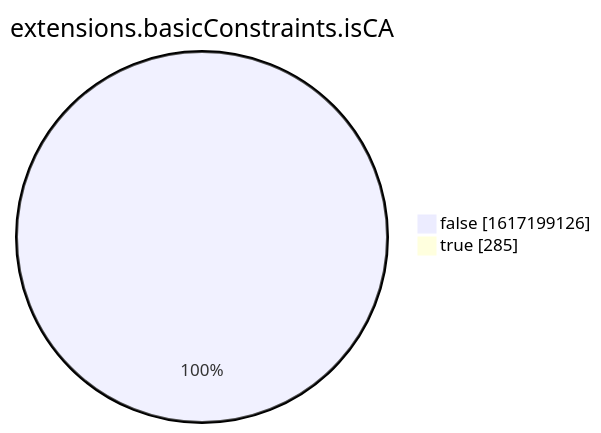
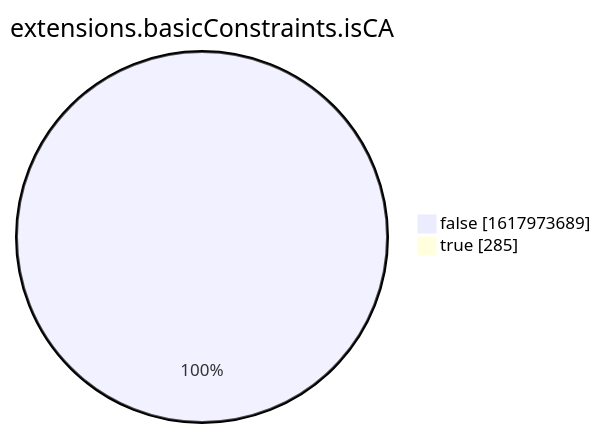
The eighth of 15 diagrams in xenon2022/README.md (christiankrug/ctmonitor_visualization), drawn with Mermaid before and after one commit. The commit also changed other lines of this file, not shown here.

````diff
--- a/xenon2022/README.md
+++ b/xenon2022/README.md
@@ -2863,6 +2863,6 @@
 ```mermaid
 pie showData
 title extensions.basicConstraints.isCA
-"false" :1617199126
+"false" :1617973689
 "true" :285
 ```
````
